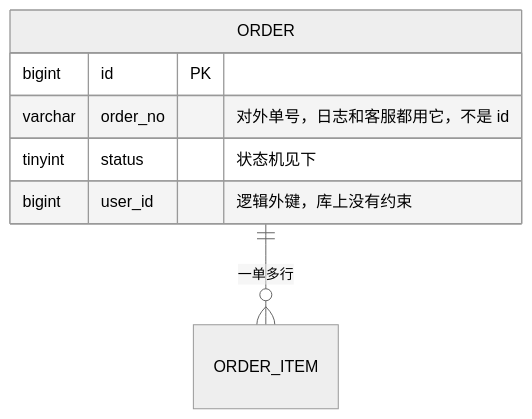
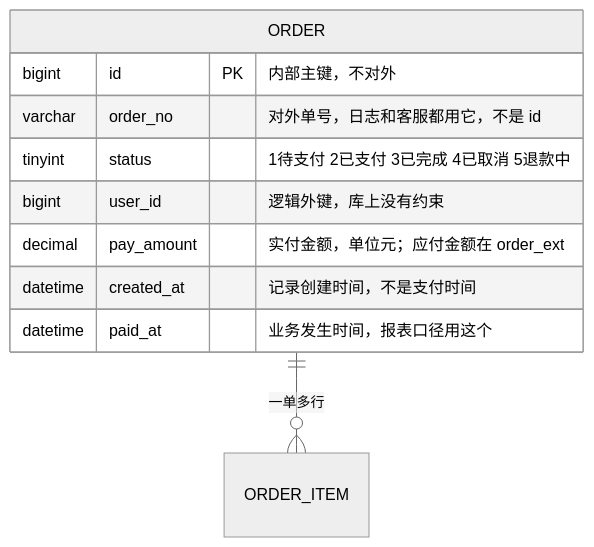
The third of 3 diagrams in skills/explain-project/SKILL.md (Muqian-Sun/agent-skills), drawn with Mermaid (neutral theme) before and after one commit. The commit also changed other lines of this file, not shown here.

First line of the commit message:
feat(explain-project): 数据模型覆盖多存储，补多仓库代码地图，并消解范围/聚焦口径冲突

````diff
--- a/skills/explain-project/SKILL.md
+++ b/skills/explain-project/SKILL.md
@@ -370,10 +440,13 @@
 ```mermaid
 erDiagram
     ORDER ||--o{ ORDER_ITEM : "一单多行"
     ORDER {
-        bigint id PK
+        bigint id PK "内部主键，不对外"
         varchar order_no "对外单号，日志和客服都用它，不是 id"
-        tinyint status "状态机见下"
+        tinyint status "1待支付 2已支付 3已完成 4已取消 5退款中"
         bigint user_id "逻辑外键，库上没有约束"
+        decimal pay_amount "实付金额，单位元；应付金额在 order_ext"
+        datetime created_at "记录创建时间，不是支付时间"
+        datetime paid_at "业务发生时间，报表口径用这个"
     }
 ```
````
